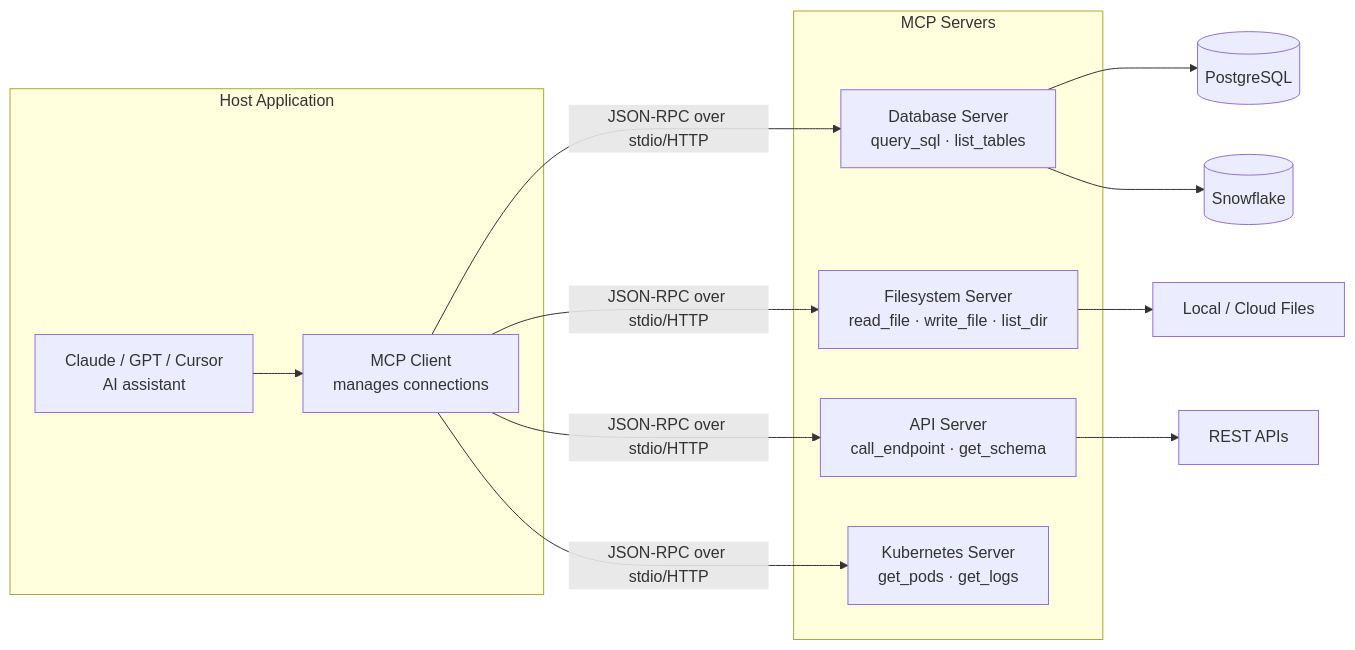
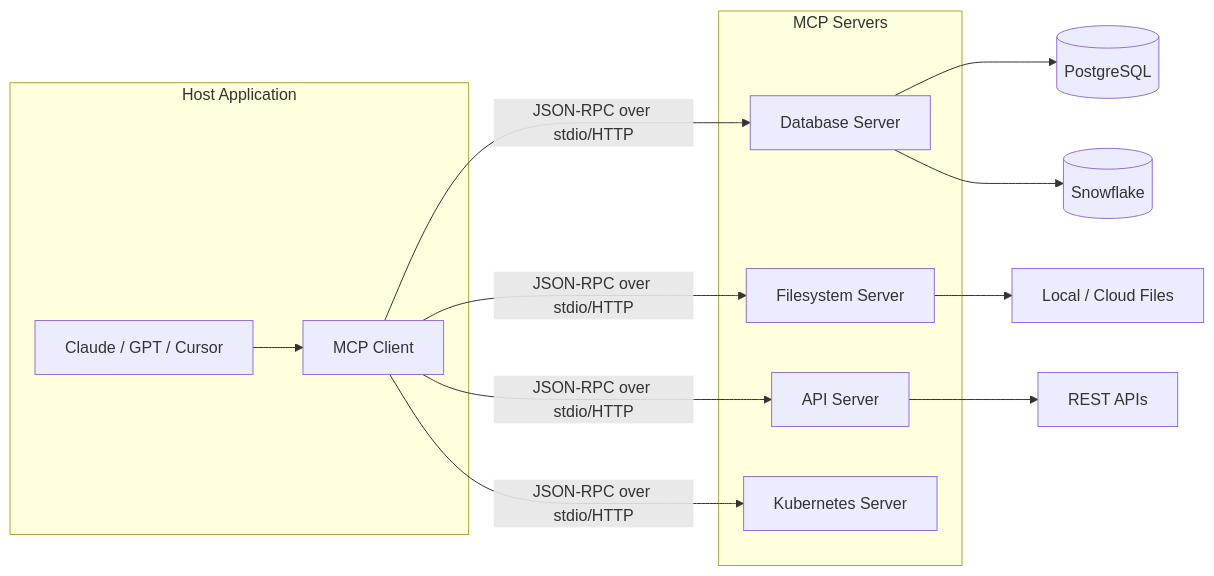
One commit to gcmishra7/data-engineering-helper changed the diagram in 11-ai-data-engineering/05-mcp-model-context-protocol.md. Above: the diagram before and after it, drawn with Mermaid. The commit also changed other lines of this file and 57 other files, not shown here.

First line of the commit message:
Shorten mermaid node labels to fix text truncation on GitHub

````diff
--- a/11-ai-data-engineering/05-mcp-model-context-protocol.md
+++ b/11-ai-data-engineering/05-mcp-model-context-protocol.md
@@ -8,25 +8,25 @@
 ```mermaid
 graph LR
     subgraph Host Application
-        APP[Claude / GPT / Cursor<br/>AI assistant]
-        MCPClient[MCP Client<br/>manages connections]
+        APP[Claude / GPT / Cursor]
+        MCPClient[MCP Client]
         APP --> MCPClient
     end
 
     subgraph MCP Servers
-        DB_SRV[Database Server<br/>query_sql · list_tables]
-        FS_SRV[Filesystem Server<br/>read_file · write_file · list_dir]
-        API_SRV[API Server<br/>call_endpoint · get_schema]
-        K8S_SRV[Kubernetes Server<br/>get_pods · get_logs]
+        DB_SRV[Database Server]
+        FS_SRV[Filesystem Server]
+        API_SRV[API Server]
+        K8S_SRV[Kubernetes Server]
     end
 
     MCPClient -->|JSON-RPC over stdio/HTTP| DB_SRV
     MCPClient -->|JSON-RPC over stdio/HTTP| FS_SRV
     MCPClient -->|JSON-RPC over stdio/HTTP| API_SRV
     MCPClient -->|JSON-RPC over stdio/HTTP| K8S_SRV
 
     DB_SRV --> PG[(PostgreSQL)]
     DB_SRV --> SF[(Snowflake)]
     FS_SRV --> FILES[Local / Cloud Files]
     API_SRV --> REST[REST APIs]
 ```
````
